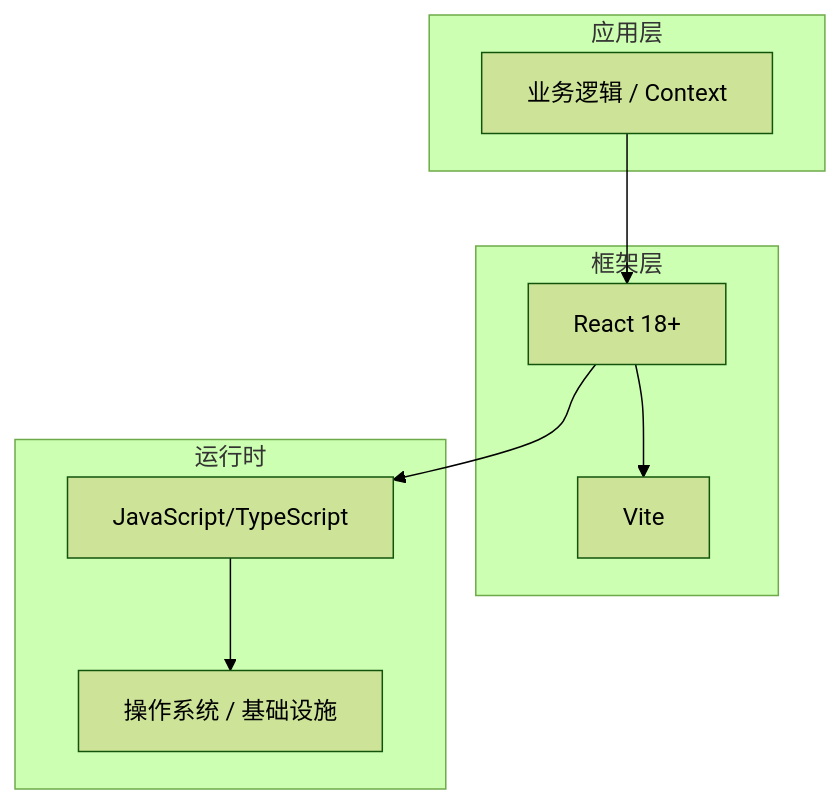
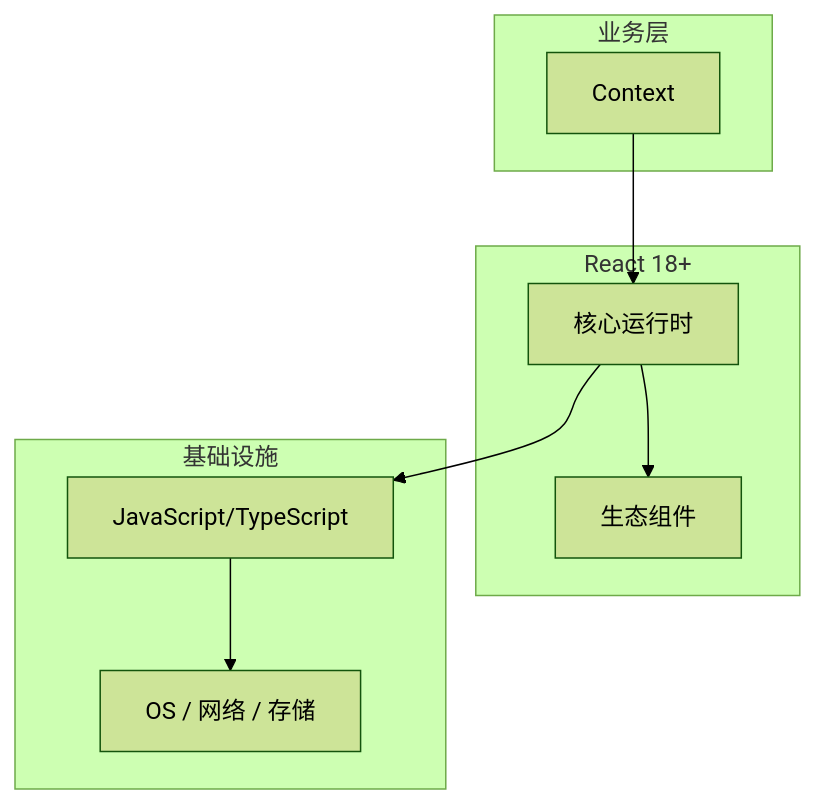
The diagram in articles/React/chapters/121-Context核心概念与原理.md (yanggan2015/knowledge-json-v2), drawn with Mermaid (forest theme) before and after one commit. The commit also changed other lines of this file and 10127 other files, not shown here.

````diff
--- a/articles/React/chapters/121-Context核心概念与原理.md
+++ b/articles/React/chapters/121-Context核心概念与原理.md
@@ -45,18 +34,18 @@
 ```mermaid
 graph TB
-    subgraph 应用层
-        A[业务逻辑 / Context]
+    subgraph 业务层
+        A[Context]
     end
-    subgraph 框架层
-        B[React 18+]
-        C[Vite]
+    subgraph React 18+
+        B[核心运行时]
+        C[生态组件]
     end
-    subgraph 运行时
+    subgraph 基础设施
         D[JavaScript/TypeScript]
-        E[操作系统 / 基础设施]
+        E[OS / 网络 / 存储]
     end
     A --> B
     B --> C
     B --> D
     D --> E
 ```
````
